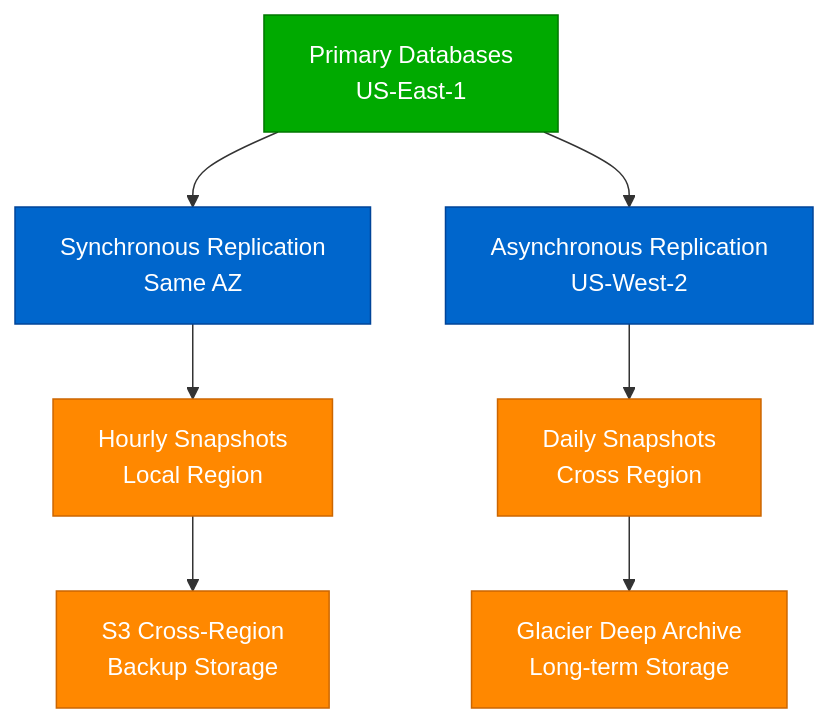
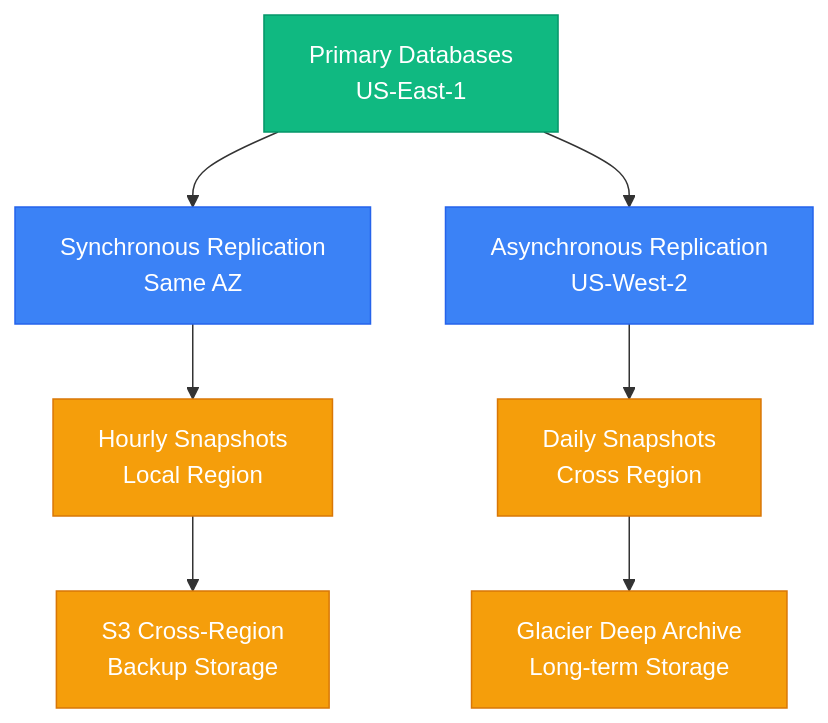
The fourth of 4 diagrams in site/docs/systems/square/03-storage-architecture.md (deepaucksharma/DS), drawn with Mermaid before and after one commit. The commit also changed other lines of this file and 187 other files, not shown here.

````diff
--- a/site/docs/systems/square/03-storage-architecture.md
+++ b/site/docs/systems/square/03-storage-architecture.md
@@ -263,19 +263,19 @@
 ```mermaid
 graph TB
     PRIMARY[Primary Databases<br/>US-East-1] --> SYNC[Synchronous Replication<br/>Same AZ]
     PRIMARY --> ASYNC[Asynchronous Replication<br/>US-West-2]
 
     SYNC --> BACKUP1[Hourly Snapshots<br/>Local Region]
     ASYNC --> BACKUP2[Daily Snapshots<br/>Cross Region]
 
     BACKUP1 --> S3[S3 Cross-Region<br/>Backup Storage]
     BACKUP2 --> GLACIER[Glacier Deep Archive<br/>Long-term Storage]
 
-    classDef primaryStyle fill:#00AA00,stroke:#007700,color:#fff
-    classDef replicaStyle fill:#0066CC,stroke:#004499,color:#fff
-    classDef backupStyle fill:#FF8800,stroke:#CC6600,color:#fff
+    classDef primaryStyle fill:#10B981,stroke:#059669,color:#fff
+    classDef replicaStyle fill:#3B82F6,stroke:#2563EB,color:#fff
+    classDef backupStyle fill:#F59E0B,stroke:#D97706,color:#fff
 
     class PRIMARY primaryStyle
     class SYNC,ASYNC replicaStyle
     class BACKUP1,BACKUP2,S3,GLACIER backupStyle
 ```
````
